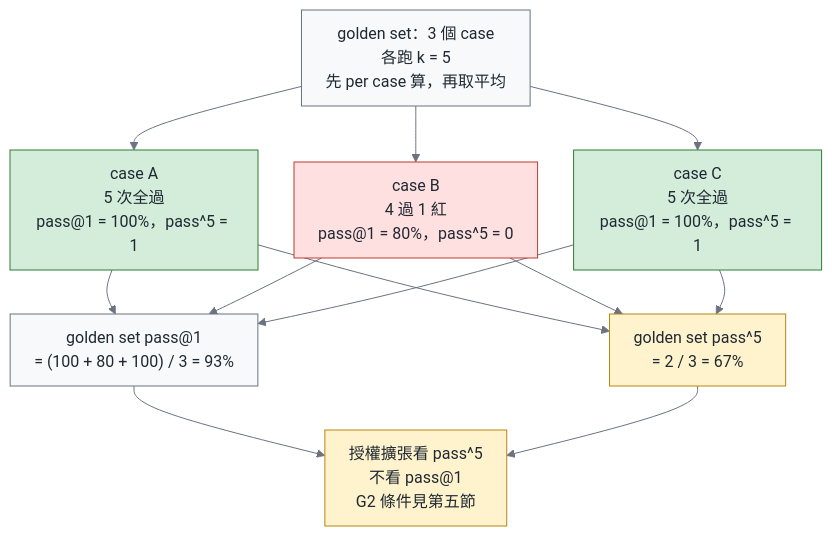
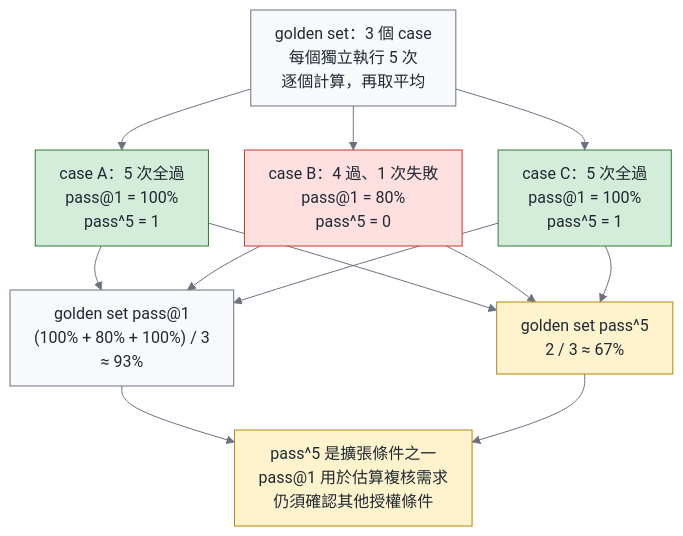
One commit to fantasybz/medium-articles changed the second of 4 diagrams in 2026-10-green-reliability/article.md. Above: the diagram before and after it, drawn with Mermaid. The commit also changed other lines of this file and 23 other files, not shown here.

````diff
--- a/2026-10-green-reliability/article.md
+++ b/2026-10-green-reliability/article.md
@@ -230,41 +236,41 @@
 ```mermaid
 ---
 config:
   theme: base
   themeVariables:
     fontSize: 16px
     primaryColor: "#f8f9fa"
     primaryTextColor: "#1f2933"
     primaryBorderColor: "#6b7280"
     lineColor: "#6b7280"
     secondaryColor: "#f8f9fa"
     tertiaryColor: "#ffffff"
     clusterBkg: "#ffffff"
     clusterBorder: "#9ca3af"
     edgeLabelBackground: "#ffffff"
   flowchart:
     nodeSpacing: 36
     rankSpacing: 44
     padding: 12
     htmlLabels: true
     subGraphTitleMargin:
       top: 8
       bottom: 12
     curve: basis
 ---
 flowchart TB
     classDef own fill:#d4edda,stroke:#2e7d32,color:#1f2933
     classDef buy fill:#fff3cd,stroke:#b8860b,color:#1f2933
     classDef bad fill:#ffe0e0,stroke:#c0392b,color:#1f2933
     classDef human fill:#e3f2fd,stroke:#1565c0,color:#1f2933
-    G["golden set：3 個 case<br/>各跑 k = 5<br/>先 per case 算，再取平均"]
-    G --> A["case A<br/>5 次全過<br/>pass@1 = 100%，pass^5 = 1"]
-    G --> B["case B<br/>4 過 1 紅<br/>pass@1 = 80%，pass^5 = 0"]
-    G --> Cc["case C<br/>5 次全過<br/>pass@1 = 100%，pass^5 = 1"]
-    A & B & Cc --> P1["golden set pass@1<br/>= (100 + 80 + 100) / 3 = 93%"]
-    A & B & Cc --> P5["golden set pass^5<br/>= 2 / 3 = 67%"]
-    P1 & P5 --> D["授權擴張看 pass^5<br/>不看 pass@1<br/>G2 條件見第五節"]
+    G["golden set：3 個 case<br/>每個獨立執行 5 次<br/>逐個計算，再取平均"]
+    G --> A["case A：5 次全過<br/>pass@1 = 100%<br/>pass^5 = 1"]
+    G --> B["case B：4 過、1 次失敗<br/>pass@1 = 80%<br/>pass^5 = 0"]
+    G --> Cc["case C：5 次全過<br/>pass@1 = 100%<br/>pass^5 = 1"]
+    A & B & Cc --> P1["golden set pass@1<br/>(100% + 80% + 100%) / 3<br/>≈ 93%"]
+    A & B & Cc --> P5["golden set pass^5<br/>2 / 3 ≈ 67%"]
+    P1 & P5 --> D["pass^5 是擴張條件之一<br/>pass@1 用於估算複核需求<br/>仍須確認其他授權條件"]
     class B bad
     class A,Cc own
     class P5,D buy
 ```
````
